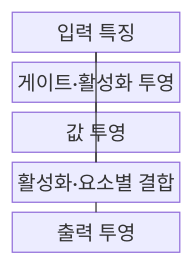
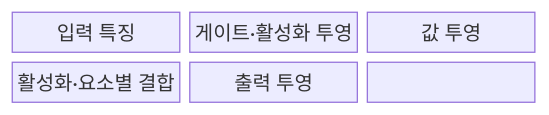
Before and after one commit to agnusdei1207/knowledge-base: the first of 2 diagrams in src/content/docs/notes/08-latest-tech/226_swiglu_vs_gelu_activation.md, drawn with Mermaid. The commit also changed other lines of this file and 228 other files, not shown here.

````diff
--- a/src/content/docs/notes/08-latest-tech/226_swiglu_vs_gelu_activation.md
+++ b/src/content/docs/notes/08-latest-tech/226_swiglu_vs_gelu_activation.md
@@ -57,14 +51,11 @@
 ```mermaid
 block-beta
-  columns 1
-  input["입력 특징"]
-  gate["게이트·활성화 투영"]
-  value["값 투영"]
-  combine["활성화·요소별 결합"]
-  output["출력 투영"]
-  input --- gate
-  input --- value
-  gate --- combine
-  value --- combine
-  combine --- output
+  columns 3
+  N0["입력 특징"]
+  N1["게이트·활성화 투영"]
+  N2["값 투영"]
+  N3["활성화·요소별 결합"]
+  N4["출력 투영"]
+  N0 --- N1 --- N2
+  N2 --- N3 --- N4
 ```
````
